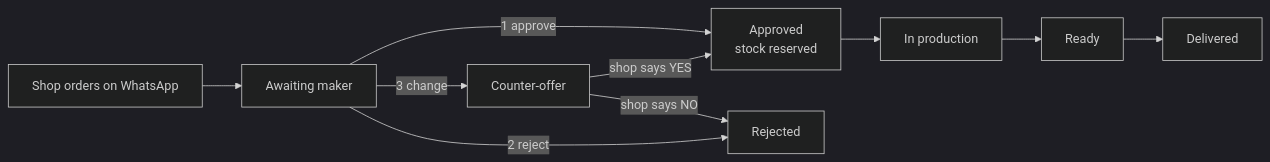
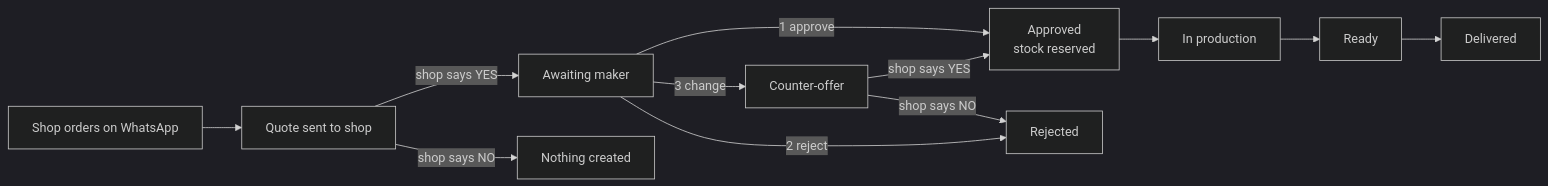
Before and after one commit to Trups39/karigarsetu: the first of 2 diagrams in README.md, drawn with Mermaid (dark theme). The commit also changed other lines of this file and 6 other files, not shown here.

Commit message:
Shop confirms the quote before the order goes to the maker

````diff
--- a/README.md
+++ b/README.md
@@ -45,10 +46,12 @@
 ```mermaid
 flowchart LR
-  A[Shop orders on WhatsApp] --> B[Awaiting maker]
+  Q[Shop orders on WhatsApp] --> P[Quote sent to shop]
+  P -->|shop says YES| B[Awaiting maker]
+  P -->|shop says NO| X[Nothing created]
   B -->|1 approve| C[Approved<br/>stock reserved]
   B -->|3 change| D[Counter-offer]
   D -->|shop says YES| C
   D -->|shop says NO| E[Rejected]
   B -->|2 reject| E
   C --> F[In production] --> G[Ready] --> H[Delivered]
 ```
````
